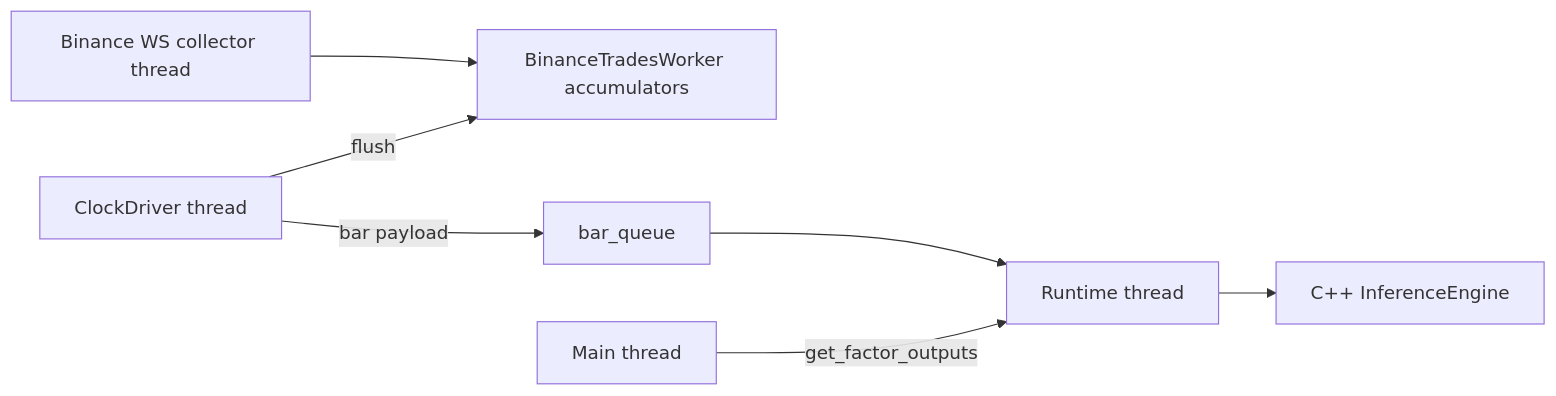
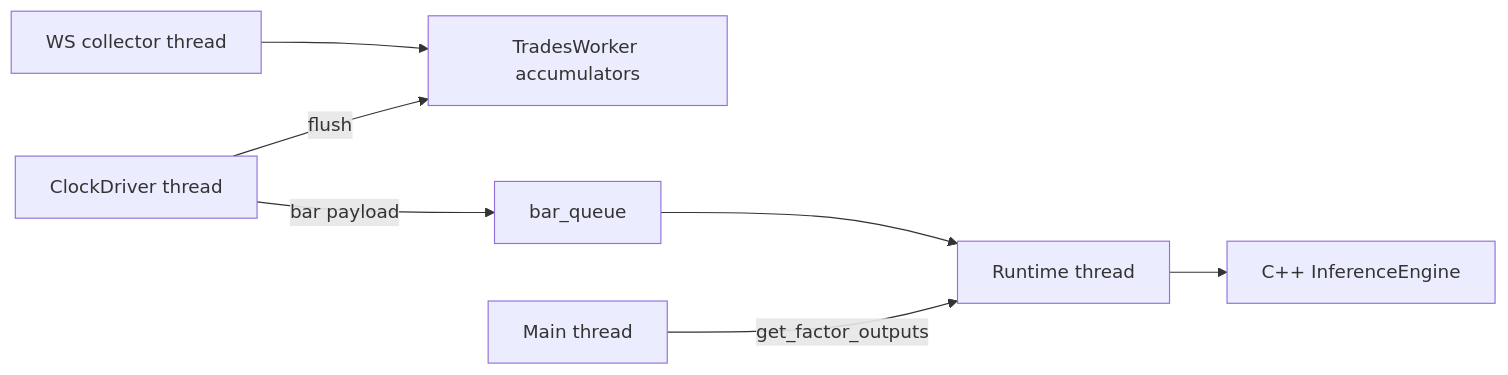
The first of 9 diagrams in docs/20260524/dynamic_symbol_list_support_development.md (tiandiao123/FactorEngine), drawn with Mermaid before and after one commit. The commit also changed other lines of this file and 4 other files, not shown here.

````diff
--- a/docs/20260524/dynamic_symbol_list_support_development.md
+++ b/docs/20260524/dynamic_symbol_list_support_development.md
@@ -63,9 +63,9 @@
 ```mermaid
 flowchart LR
-    C[Binance WS collector thread] --> W[BinanceTradesWorker accumulators]
+    C[WS collector thread] --> W[TradesWorker accumulators]
     CLK[ClockDriver thread] -->|flush| W
     CLK -->|bar payload| Q[bar_queue]
     Q --> R[Runtime thread]
     R --> CPP[C++ InferenceEngine]
     M[Main thread] -->|get_factor_outputs| R
 ```
````
